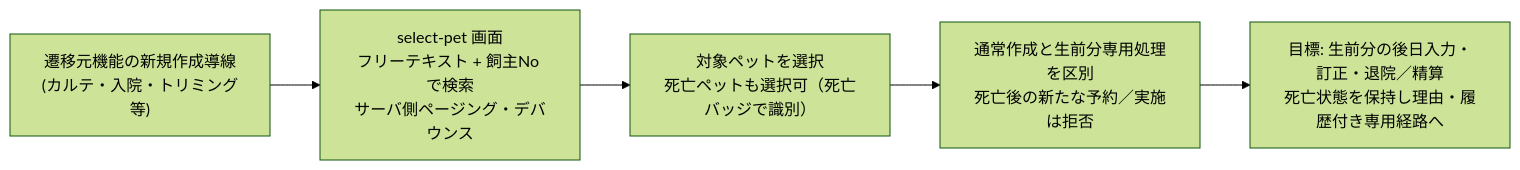
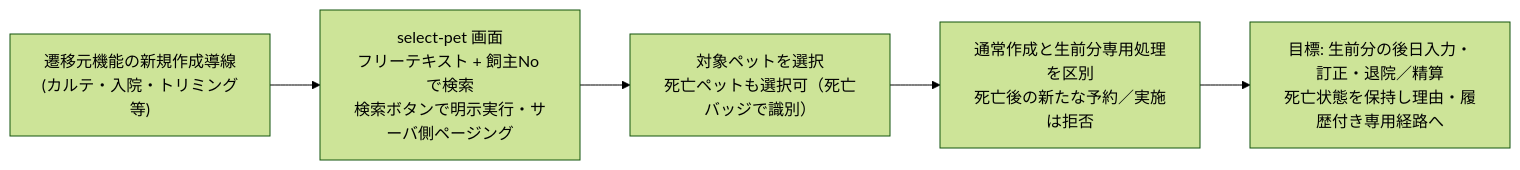
One commit to MinoruSoga/AnimalEkarte changed the diagram in docs/spec/screens/00-pet-selection.md. Above: the diagram before and after it, drawn with Mermaid (forest theme). The commit also changed other lines of this file and 93 other files, not shown here.

````diff
--- a/docs/spec/screens/00-pet-selection.md
+++ b/docs/spec/screens/00-pet-selection.md
@@ -14,7 +14,7 @@
 ```mermaid
 flowchart LR
-    A["遷移元機能の新規作成導線<br>(カルテ・入院・トリミング等)"] --> B["select-pet 画面<br>フリーテキスト + 飼主No で検索<br>サーバ側ページング・デバウンス"]
+    A["遷移元機能の新規作成導線<br>(カルテ・入院・トリミング等)"] --> B["select-pet 画面<br>フリーテキスト + 飼主No で検索<br>検索ボタンで明示実行・サーバ側ページング"]
     B --> C["対象ペットを選択<br>死亡ペットも選択可（死亡バッジで識別）"]
     C --> D["通常作成と生前分専用処理を区別<br>死亡後の新たな予約／実施は拒否"]
     D --> E["目標: 生前分の後日入力・訂正・退院／精算<br>死亡状態を保持し理由・履歴付き専用経路へ"]
 ```
````
